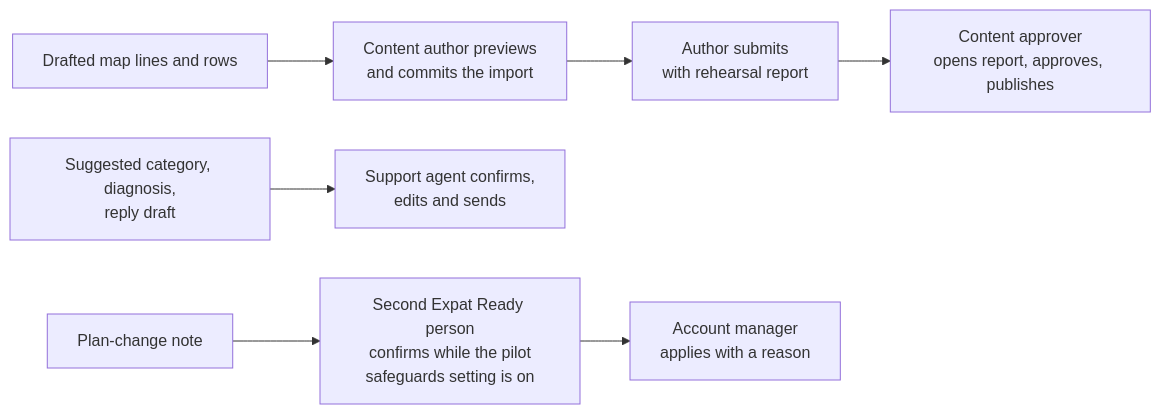
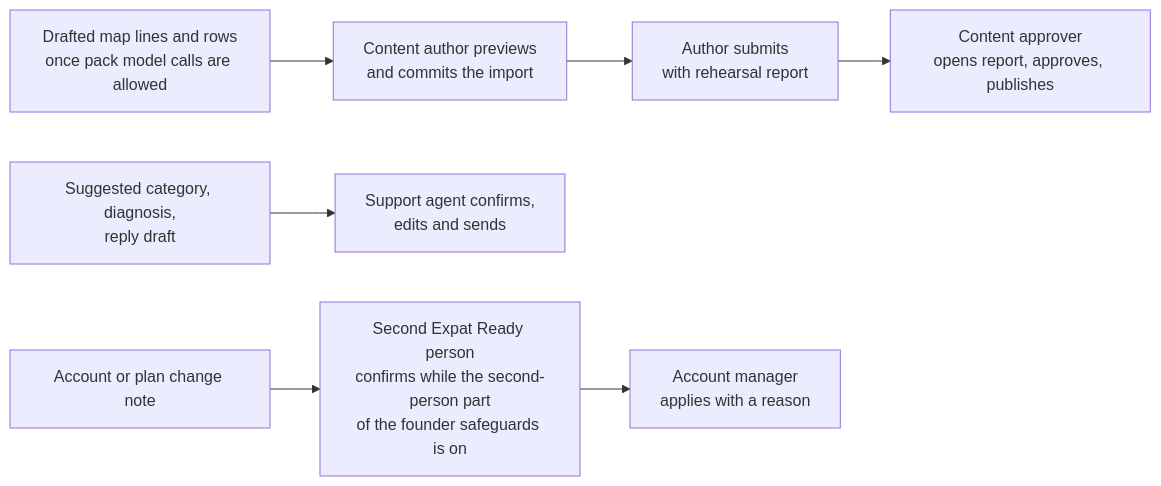
Before and after one commit to ranjan-expatready/xpatready: the third of 4 diagrams in ai-workers/requirements/AW-02-platform-ai-assistants_v0.1.md, drawn with Mermaid. The commit also changed other lines of this file and 6 other files, not shown here.

Commit message:
WS2 Step 3: AG third round received; change-n rename in AW-01 and plan; calls recorded; CN-SA-12 paraphrase fixed

````diff
--- a/ai-workers/requirements/AW-02-platform-ai-assistants_v0.1.md
+++ b/ai-workers/requirements/AW-02-platform-ai-assistants_v0.1.md
@@ -128,6 +136,6 @@
 ```mermaid
 flowchart LR
-    MAP[Drafted map lines and rows] --> IMP[Content author previews<br/>and commits the import] --> SUB[Author submits<br/>with rehearsal report] --> APP[Content approver<br/>opens report, approves, publishes]
+    MAP[Drafted map lines and rows<br/>once pack model calls are allowed] --> IMP[Content author previews<br/>and commits the import] --> SUB[Author submits<br/>with rehearsal report] --> APP[Content approver<br/>opens report, approves, publishes]
     TRI[Suggested category, diagnosis,<br/>reply draft] --> AG[Support agent confirms,<br/>edits and sends]
-    NOTE[Plan-change note] --> SEC[Second Expat Ready person<br/>confirms while the pilot<br/>safeguards setting is on] --> AM[Account manager<br/>applies with a reason]
+    NOTE[Account or plan change note] --> SEC[Second Expat Ready person<br/>confirms while the second-person part<br/>of the founder safeguards is on] --> AM[Account manager<br/>applies with a reason]
 ```
````
